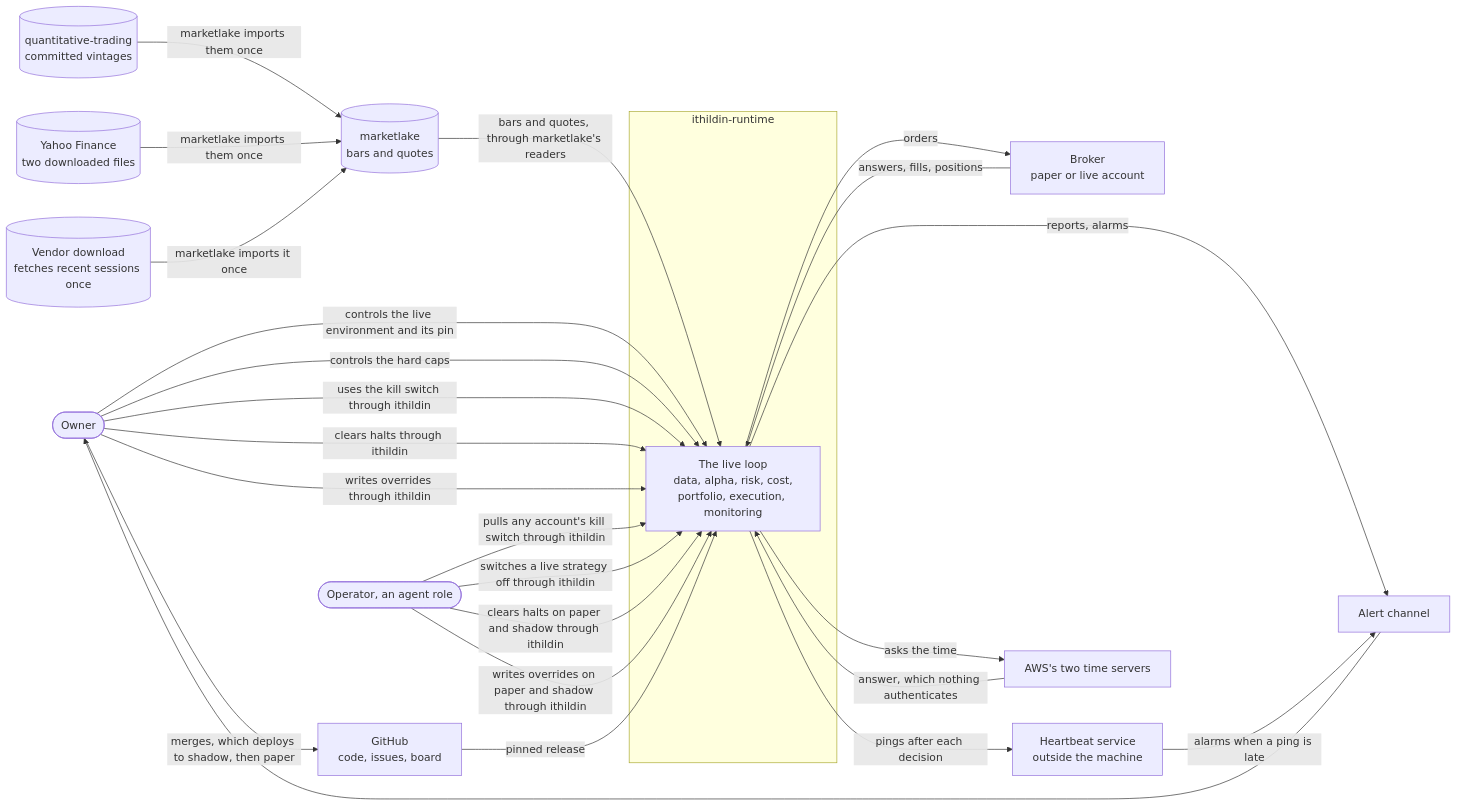
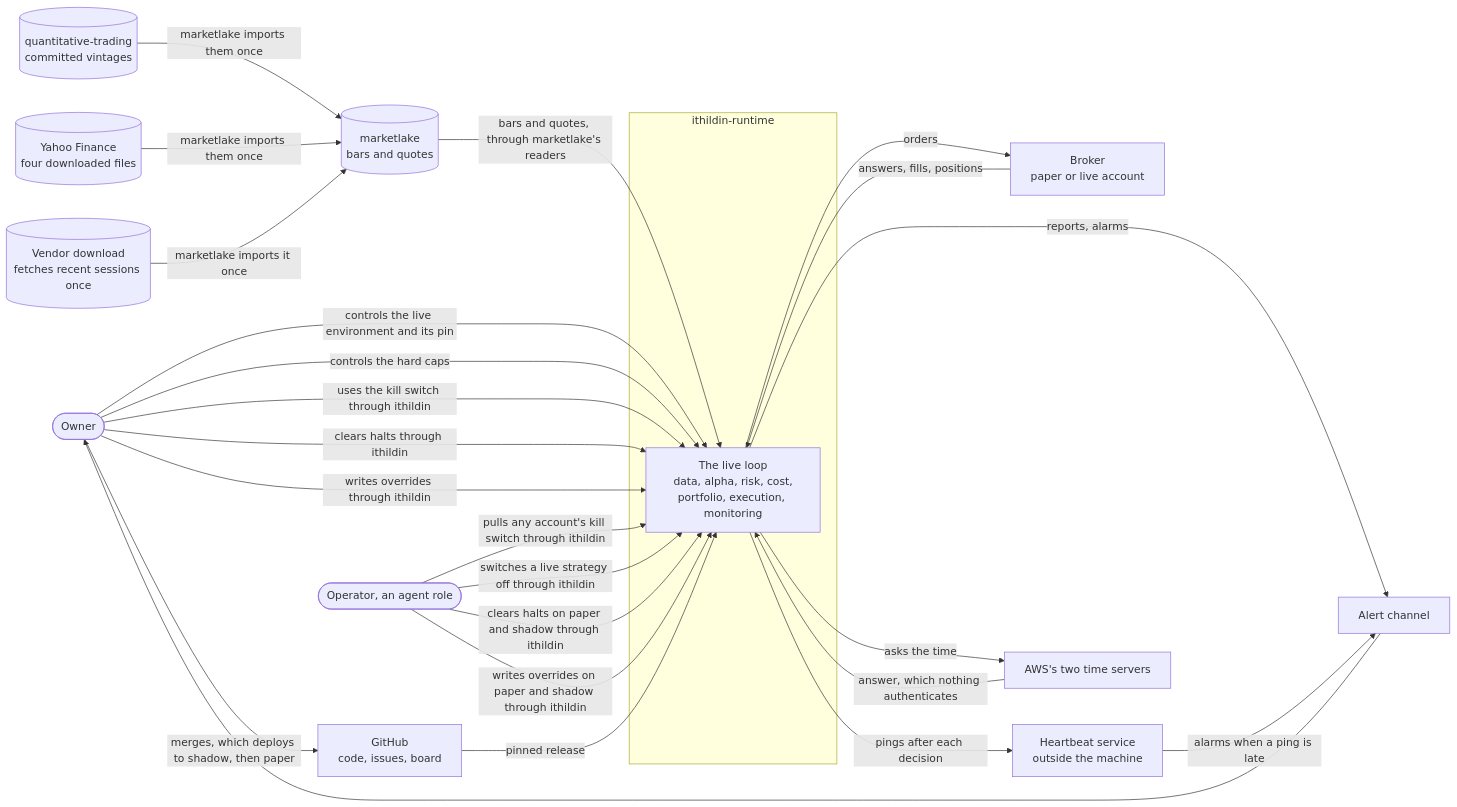
One commit to l3a0/ithildin-runtime changed the first of 6 diagrams in docs/architecture/03-context-and-scope.md. Above: the diagram before and after it, drawn with Mermaid. The commit also changed other lines of this file and 18 other files, not shown here.

First line of the commit message:
feat(stress): take m as the larger of the one- and two-session moves, and read SPY's and QQQ's Yahoo history (#241)

````diff
--- a/docs/architecture/03-context-and-scope.md
+++ b/docs/architecture/03-context-and-scope.md
@@ -23,41 +23,41 @@
 ```mermaid
 flowchart LR
     owner(["Owner"])
     operator(["Operator, an agent role"])
     subgraph platform["ithildin-runtime"]
         loop["The live loop<br/>data, alpha, risk, cost,<br/>portfolio, execution, monitoring"]
     end
     qt[("quantitative-trading<br/>committed vintages")]
-    yahoo[("Yahoo Finance<br/>two downloaded files")]
+    yahoo[("Yahoo Finance<br/>four downloaded files")]
     vendor[("Vendor download<br/>fetches recent sessions once")]
     lake[("marketlake<br/>bars and quotes")]
     broker["Broker<br/>paper or live account"]
     alerts["Alert channel"]
     heartbeat["Heartbeat service<br/>outside the machine"]
     github["GitHub<br/>code, issues, board"]
     times["AWS's two time servers"]
 
     qt -->|"marketlake imports them once"| lake
     yahoo -->|"marketlake imports them once"| lake
     vendor -->|"marketlake imports it once"| lake
     lake -->|"bars and quotes, through marketlake's readers"| loop
     loop -->|"orders"| broker
     broker -->|"answers, fills, positions"| loop
     loop -->|"reports, alarms"| alerts
     loop -->|"pings after each decision"| heartbeat
     loop -->|"asks the time"| times
     times -->|"answer, which nothing authenticates"| loop
     heartbeat -->|"alarms when a ping is late"| alerts
     alerts --> owner
     owner -->|"controls the live environment and its pin"| loop
     owner -->|"controls the hard caps"| loop
     owner -->|"uses the kill switch through ithildin"| loop
     owner -->|"clears halts through ithildin"| loop
     owner -->|"writes overrides through ithildin"| loop
     operator -->|"pulls any account's kill switch through ithildin"| loop
     operator -->|"switches a live strategy off through ithildin"| loop
     operator -->|"clears halts on paper and shadow through ithildin"| loop
     operator -->|"writes overrides on paper and shadow through ithildin"| loop
     owner -->|"merges, which deploys to shadow, then paper"| github
     github -->|"pinned release"| loop
 ```
````
